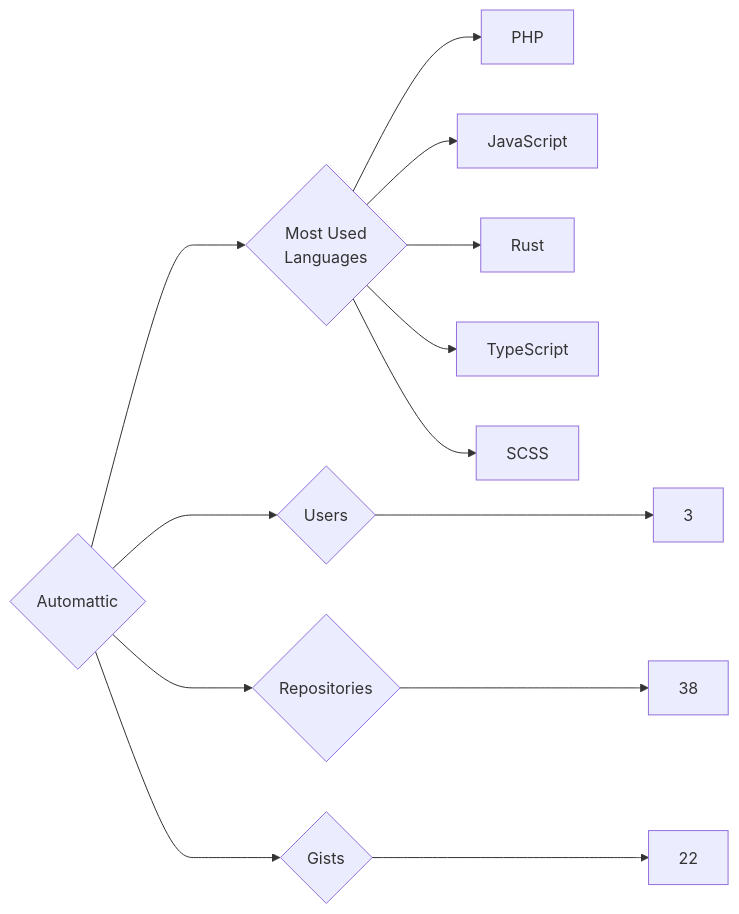
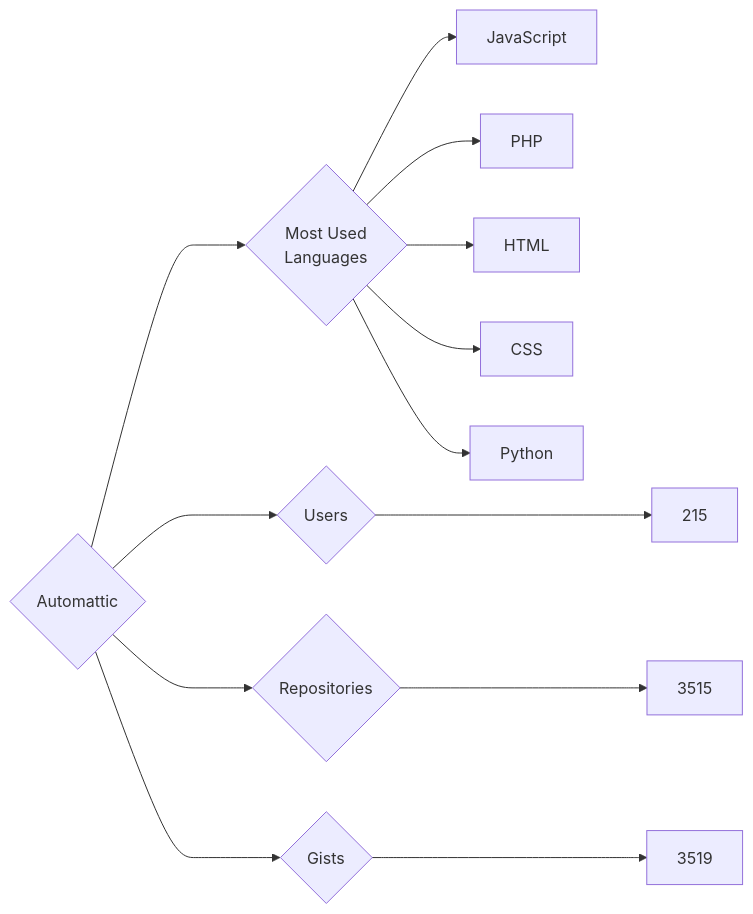
One commit to trickest/insiders changed the diagram in targets/Automattic/README.md. Above: the diagram before and after it, drawn with Mermaid. The commit also changed 935 other files, not shown here.

````diff
--- a/targets/Automattic/README.md
+++ b/targets/Automattic/README.md
@@ -3,13 +3,13 @@
 ```mermaid
 graph LR
 COMPANY_NAME{Automattic}
-COMPANY_NAME ---> U{Users} ---> UN[3]
-COMPANY_NAME ---> R{Repositories} ---> RN[38]
-COMPANY_NAME ---> G{Gists} ---> GN[22]
+COMPANY_NAME ---> U{Users} ---> UN[215]
+COMPANY_NAME ---> R{Repositories} ---> RN[3515]
+COMPANY_NAME ---> G{Gists} ---> GN[3519]
 COMPANY_NAME ---> ML{Most Used<br>Languages}
+ML --> JavaScript[JavaScript]
 ML --> PHP[PHP]
-ML --> JavaScript[JavaScript]
-ML --> Rust[Rust]
-ML --> TypeScript[TypeScript]
-ML --> SCSS[SCSS]
+ML --> HTML[HTML]
+ML --> CSS[CSS]
+ML --> Python[Python]
 ```
````
